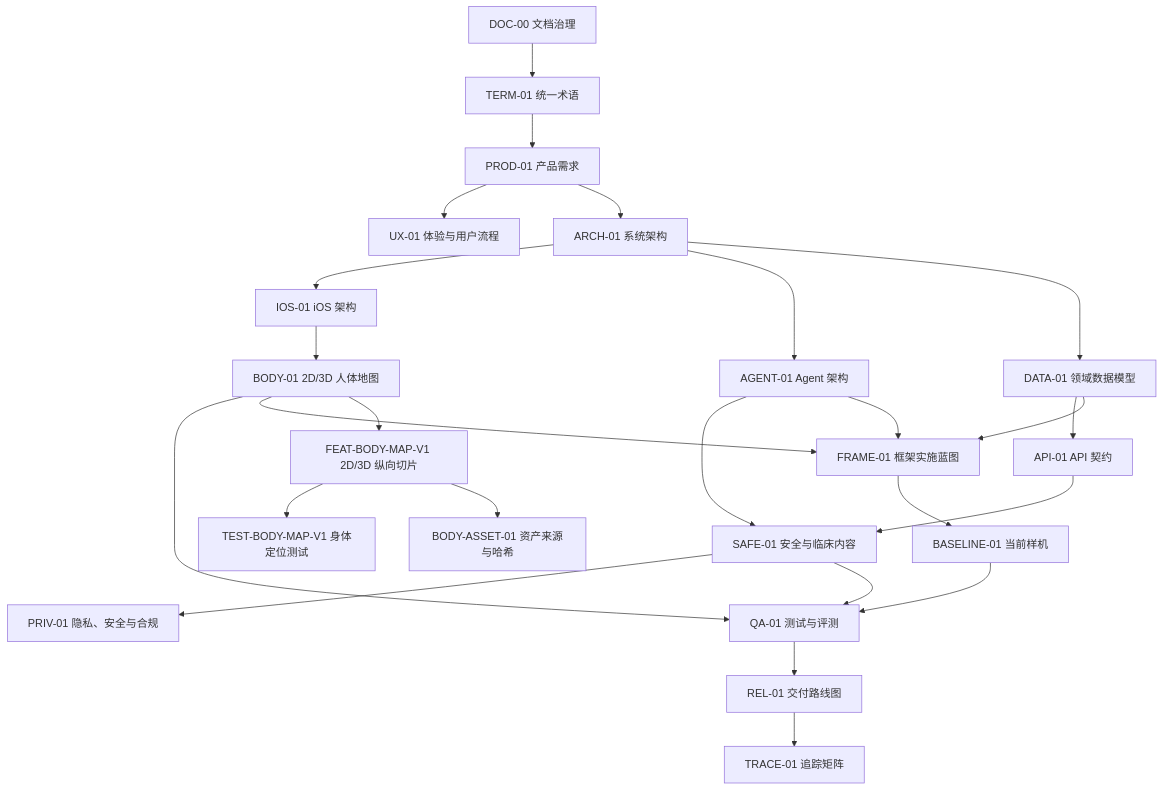
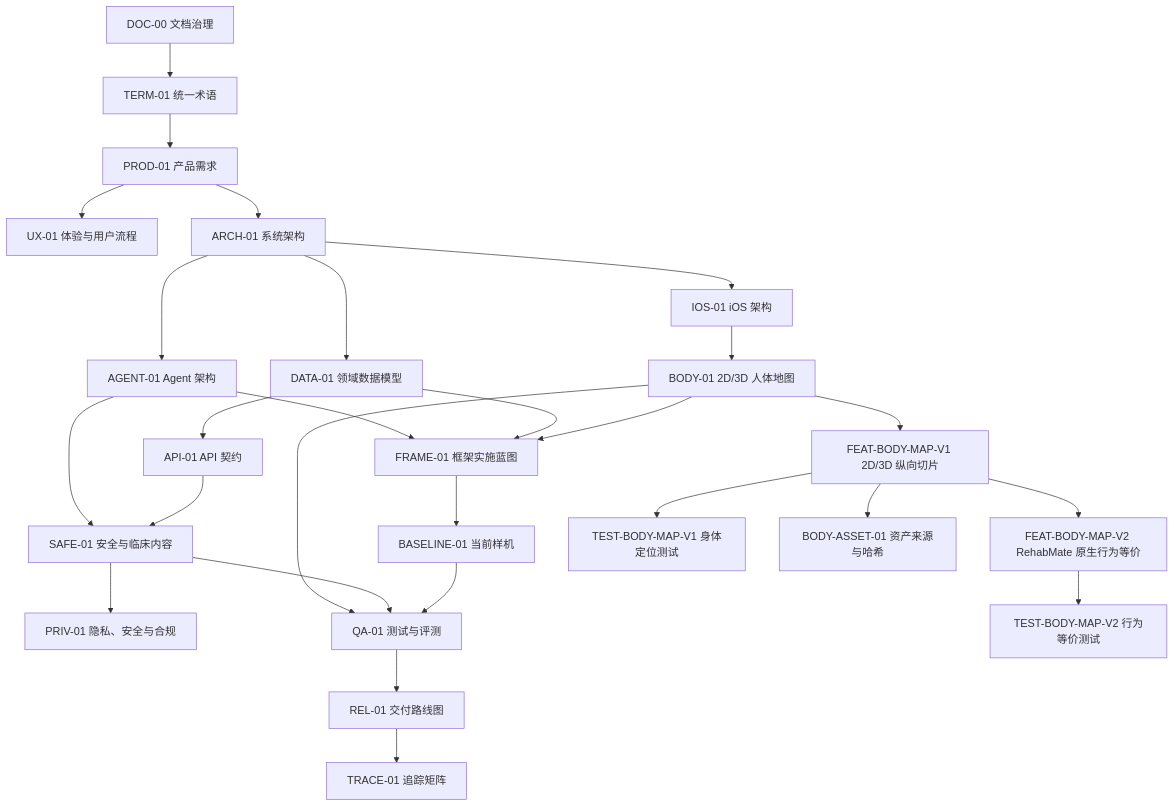
Before and after one commit to liudejua27-blip/doctor: the diagram in docs/README.md, drawn with Mermaid. The commit also changed other lines of this file and 23 other files, not shown here.

First line of the commit message:
feat: add native RehabMate body-map parity slice

````diff
--- a/docs/README.md
+++ b/docs/README.md
@@ -22,27 +22,29 @@
 ```mermaid
 flowchart TD
     A["DOC-00 文档治理"] --> B["TERM-01 统一术语"]
     B --> C["PROD-01 产品需求"]
     C --> D["UX-01 体验与用户流程"]
     C --> E["ARCH-01 系统架构"]
     E --> F["IOS-01 iOS 架构"]
     E --> G["AGENT-01 Agent 架构"]
     E --> H["DATA-01 领域数据模型"]
     H --> I["API-01 API 契约"]
     F --> J["BODY-01 2D/3D 人体地图"]
     G --> K["SAFE-01 安全与临床内容"]
     I --> K
     K --> L["PRIV-01 隐私、安全与合规"]
     J --> M["QA-01 测试与评测"]
     K --> M
     G --> R["FRAME-01 框架实施蓝图"]
     H --> R
     J --> R
     R --> S["BASELINE-01 当前样机"]
     S --> M
     M --> N["REL-01 交付路线图"]
     N --> O["TRACE-01 追踪矩阵"]
     J --> P["FEAT-BODY-MAP-V1 2D/3D 纵向切片"]
-    P --> Q["TEST-BODY-MAP-V1 身体定位测试"]
+    P --> V["FEAT-BODY-MAP-V2 RehabMate 原生行为等价"]
+    V --> Q["TEST-BODY-MAP-V2 行为等价测试"]
+    P --> W["TEST-BODY-MAP-V1 身体定位测试"]
     P --> T["BODY-ASSET-01 资产来源与哈希"]
 ```
````
